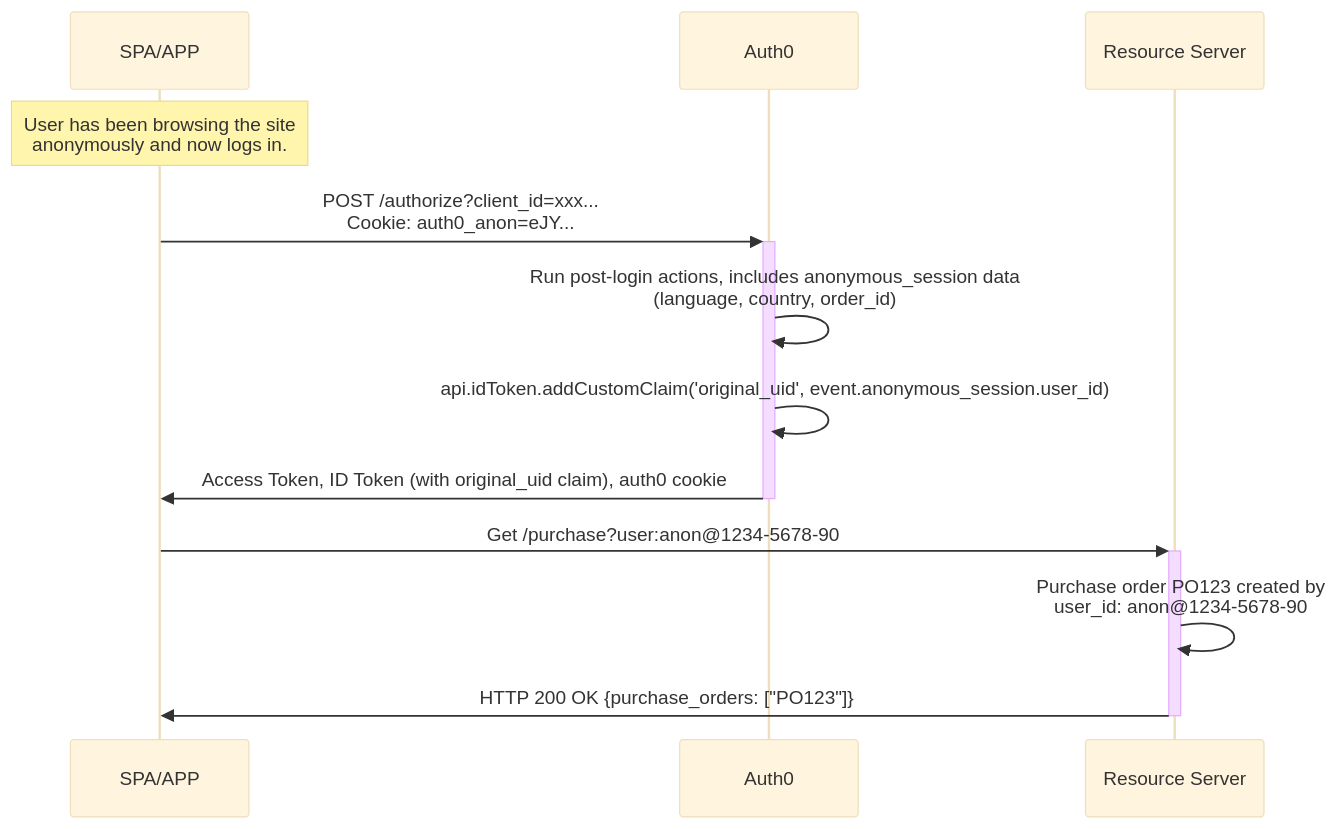
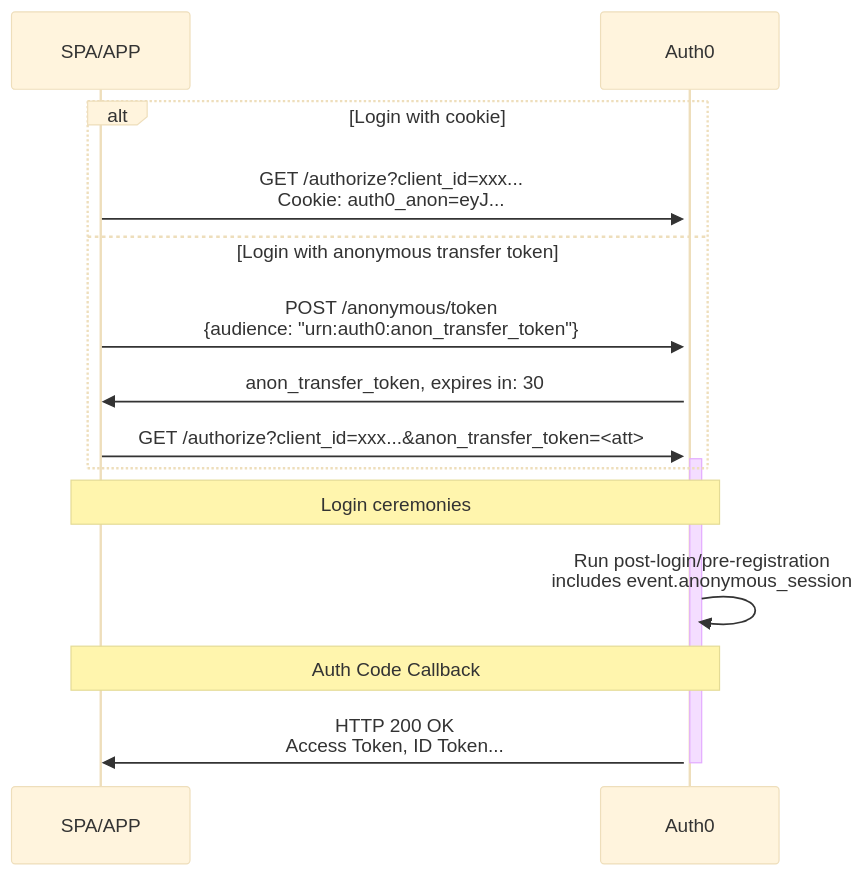
One commit to auth0/docs-v2 changed the second of 2 diagrams in main/docs/manage-users/sessions/anonymous-sessions.mdx. Above: the diagram before and after it, drawn with Mermaid (base theme). The commit also changed other lines of this file and 20 other files, not shown here.

````diff
--- a/main/docs/manage-users/sessions/anonymous-sessions.mdx
+++ b/main/docs/manage-users/sessions/anonymous-sessions.mdx
@@ -96,14 +102,16 @@
 ```mermaid actions={false}
 sequenceDiagram
   participant app as SPA/APP
   participant idp as Auth0
-  participant rs as Resource Server
-  note over app: User has been browsing the site<br>anonymously and now logs in.
-  app ->>+ idp: POST /authorize?client_id=xxx... <br>Cookie: auth0_anon=eJY...
-  idp ->> idp: Run post-login actions, includes anonymous_session data<br> (language, country, order_id)
-  idp ->> idp: api.idToken.addCustomClaim('original_uid', event.anonymous_session.user_id)
-  idp ->>- app: Access Token, ID Token (with original_uid claim), auth0 cookie
-  app ->>+ rs: Get /purchase?user:anon@1234-5678-90
-  rs ->> rs: Purchase order PO123 created by <br>user_id: anon@1234-5678-90
-  rs ->>- app: HTTP 200 OK {purchase_orders: ["PO123"]}
+  alt Login with cookie
+    app ->>+ idp: GET /authorize?client_id=xxx...<br>Cookie: auth0_anon=eyJ...
+  else Login with anonymous transfer token
+    app ->> idp: POST /anonymous/token<br>{audience: "urn:auth0:anon_transfer_token"}
+    idp ->> app: anon_transfer_token, expires in: 30
+    app ->>+ idp: GET /authorize?client_id=xxx...&anon_transfer_token=<att>
+  end
+  note over app,idp: Login ceremonies
+  idp ->> idp: Run post-login/pre-registration<br>includes event.anonymous_session
+  note over app,idp: Auth Code Callback
+  idp ->>- app: HTTP 200 OK <br> Access Token, ID Token...
 ```
````
